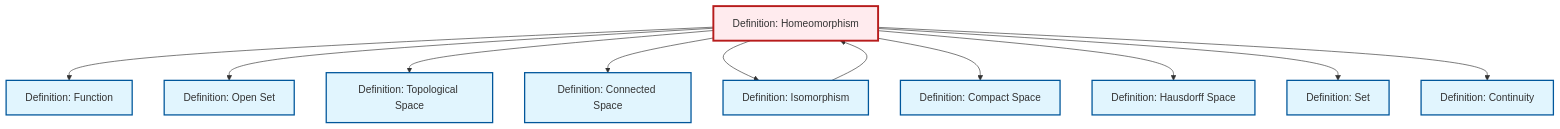
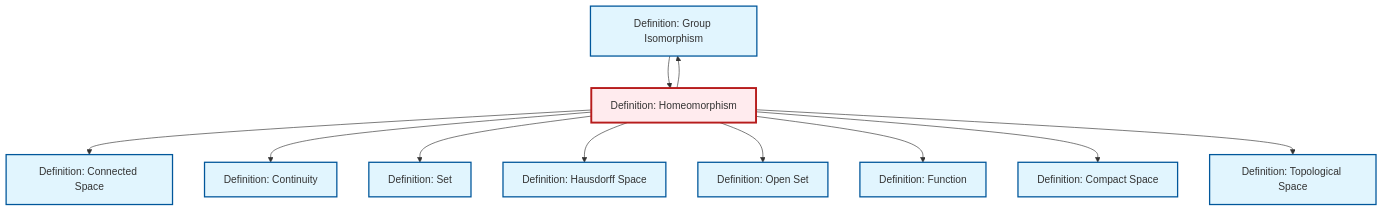
One commit to RK0429/ModernMath changed the diagram in content/en/topology/def-homeomorphism.qmd. Above: the diagram before and after it, drawn with Mermaid. The commit also changed 581 other files, not shown here.

````diff
--- a/content/en/topology/def-homeomorphism.qmd
+++ b/content/en/topology/def-homeomorphism.qmd
@@ -101,39 +101,39 @@
 ```{mermaid}
 %%| fig-cap: "Local dependency graph"
 graph TD
     classDef definition fill:#e1f5fe,stroke:#01579b,stroke-width:2px
     classDef theorem fill:#f3e5f5,stroke:#4a148c,stroke-width:2px
     classDef axiom fill:#fff3e0,stroke:#e65100,stroke-width:2px
     classDef example fill:#e8f5e9,stroke:#1b5e20,stroke-width:2px
     classDef current fill:#ffebee,stroke:#b71c1c,stroke-width:3px
+    def-connected["Definition: Connected Space"]:::definition
+    def-compact["Definition: Compact Space"]:::definition
+    def-function["Definition: Function"]:::definition
     def-hausdorff["Definition: Hausdorff Space"]:::definition
-    def-connected["Definition: Connected Space"]:::definition
-    def-continuity["Definition: Continuity"]:::definition
-    def-compact["Definition: Compact Space"]:::definition
     def-open-set["Definition: Open Set"]:::definition
     def-topological-space["Definition: Topological Space"]:::definition
+    def-isomorphism["Definition: Group Isomorphism"]:::definition
     def-homeomorphism["Definition: Homeomorphism"]:::definition
     def-set["Definition: Set"]:::definition
-    def-function["Definition: Function"]:::definition
-    def-isomorphism["Definition: Isomorphism"]:::definition
+    def-continuity["Definition: Continuity"]:::definition
+    def-homeomorphism --> def-connected
+    def-homeomorphism --> def-continuity
+    def-homeomorphism --> def-set
+    def-homeomorphism --> def-hausdorff
+    def-homeomorphism --> def-isomorphism
+    def-homeomorphism --> def-open-set
     def-homeomorphism --> def-function
-    def-homeomorphism --> def-open-set
+    def-homeomorphism --> def-compact
+    def-isomorphism --> def-homeomorphism
     def-homeomorphism --> def-topological-space
-    def-homeomorphism --> def-connected
-    def-isomorphism --> def-homeomorphism
-    def-homeomorphism --> def-isomorphism
-    def-homeomorphism --> def-compact
-    def-homeomorphism --> def-hausdorff
-    def-homeomorphism --> def-set
-    def-homeomorphism --> def-continuity
     class def-homeomorphism current
+    click def-connected "def-connected.html" "Go to Connected Space definition"
+    click def-compact "def-compact.html" "Go to Compact Space definition"
+    click def-function "def-function.html" "Go to Function definition"
     click def-hausdorff "def-hausdorff.html" "Go to Hausdorff Space definition"
-    click def-connected "def-connected.html" "Go to Connected Space definition"
-    click def-continuity "def-continuity.html" "Go to Continuity definition"
-    click def-compact "def-compact.html" "Go to Compact Space definition"
     click def-open-set "def-open-set.html" "Go to Open Set definition"
     click def-topological-space "def-topological-space.html" "Go to Topological Space definition"
+    click def-isomorphism "def-isomorphism.html" "Go to Group Isomorphism definition"
     click def-set "def-set.html" "Go to Set definition"
-    click def-function "def-function.html" "Go to Function definition"
-    click def-isomorphism "def-isomorphism.html" "Go to Isomorphism definition"
+    click def-continuity "def-continuity.html" "Go to Continuity definition"
 ```
````
